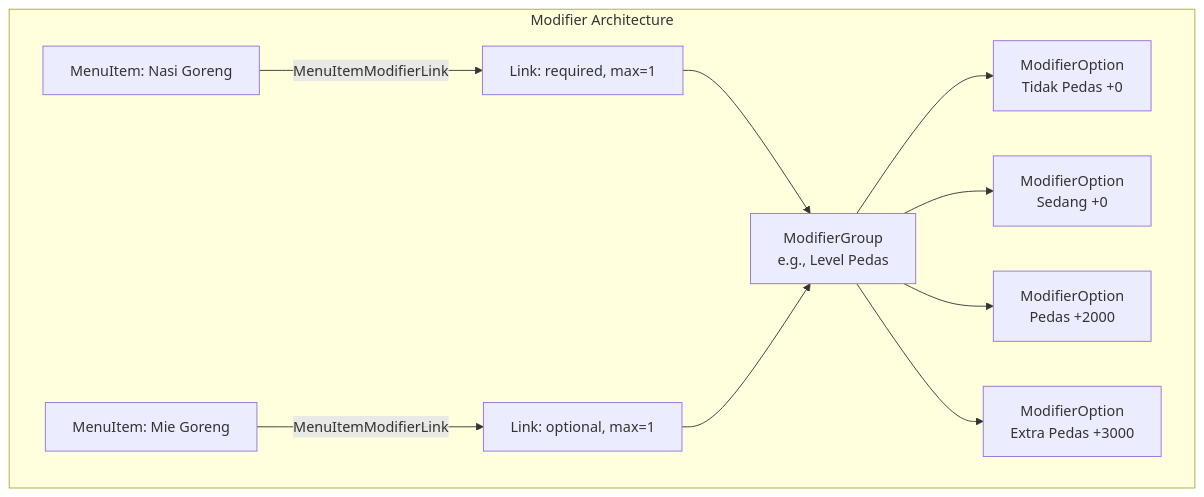
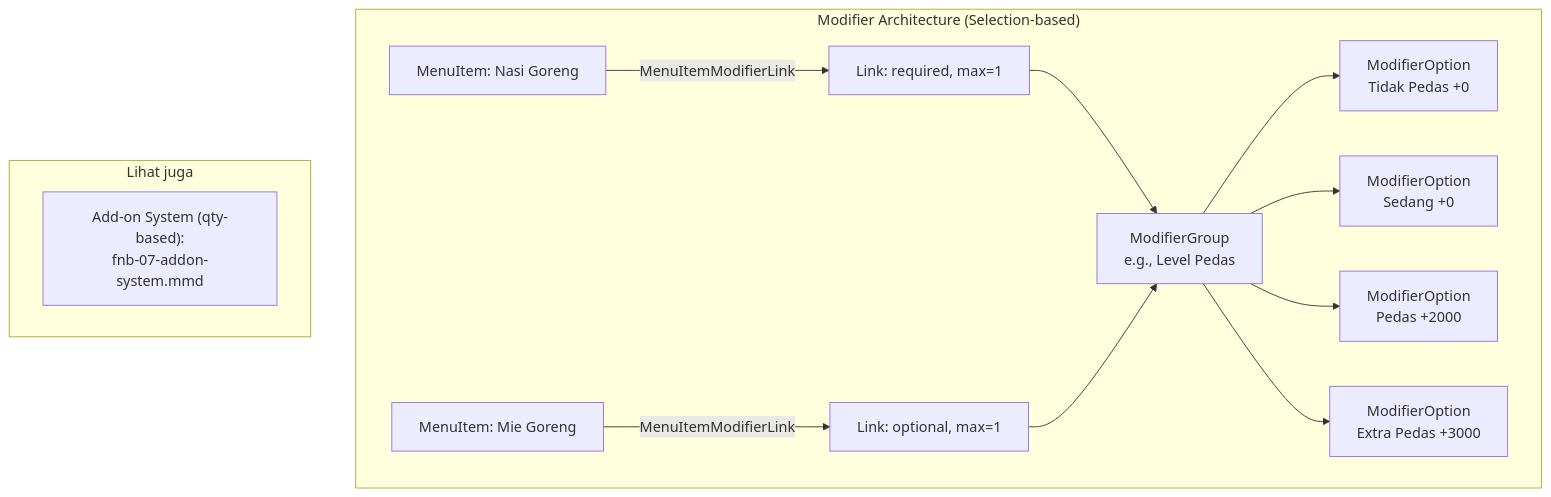
One commit to vatoer/id.stargan.intikasirfnb changed the diagram in docs/diagrams/fnb-02-modifier-system.mmd. Above: the diagram before and after it, drawn with Mermaid. The commit also changed 43 other files, not shown here.

```diff
--- a/docs/diagrams/fnb-02-modifier-system.mmd
+++ b/docs/diagrams/fnb-02-modifier-system.mmd
@@ -1,24 +1,28 @@
 graph TB
-    subgraph "Modifier Architecture"
+    subgraph "Modifier Architecture (Selection-based)"
         MG[ModifierGroup<br/>e.g., Level Pedas]
         MO1[ModifierOption<br/>Tidak Pedas +0]
         MO2[ModifierOption<br/>Sedang +0]
         MO3[ModifierOption<br/>Pedas +2000]
         MO4[ModifierOption<br/>Extra Pedas +3000]
 
         MI1[MenuItem: Nasi Goreng]
         MI2[MenuItem: Mie Goreng]
 
         LINK1[Link: required, max=1]
         LINK2[Link: optional, max=1]
     end
 
     MG --> MO1
     MG --> MO2
     MG --> MO3
     MG --> MO4
 
     MI1 -->|MenuItemModifierLink| LINK1
     MI2 -->|MenuItemModifierLink| LINK2
     LINK1 --> MG
     LINK2 --> MG
+
+    subgraph "Lihat juga"
+        NOTE["Add-on System (qty-based):<br/>fnb-07-addon-system.mmd"]
+    end
```
